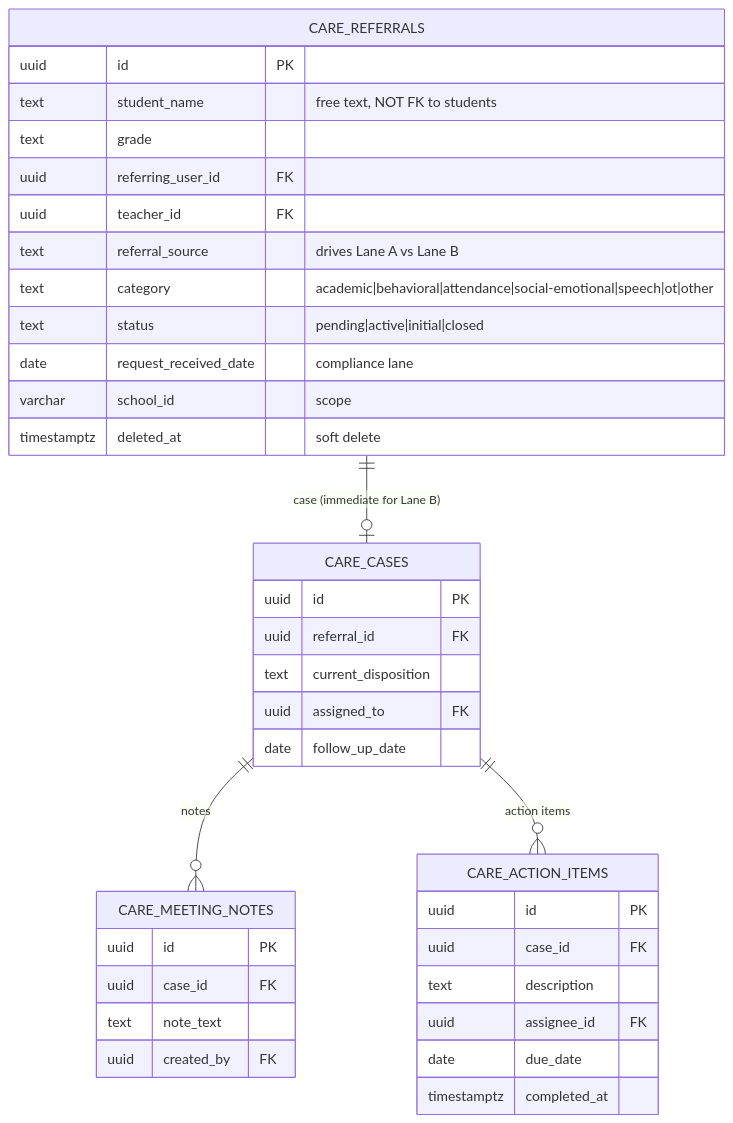
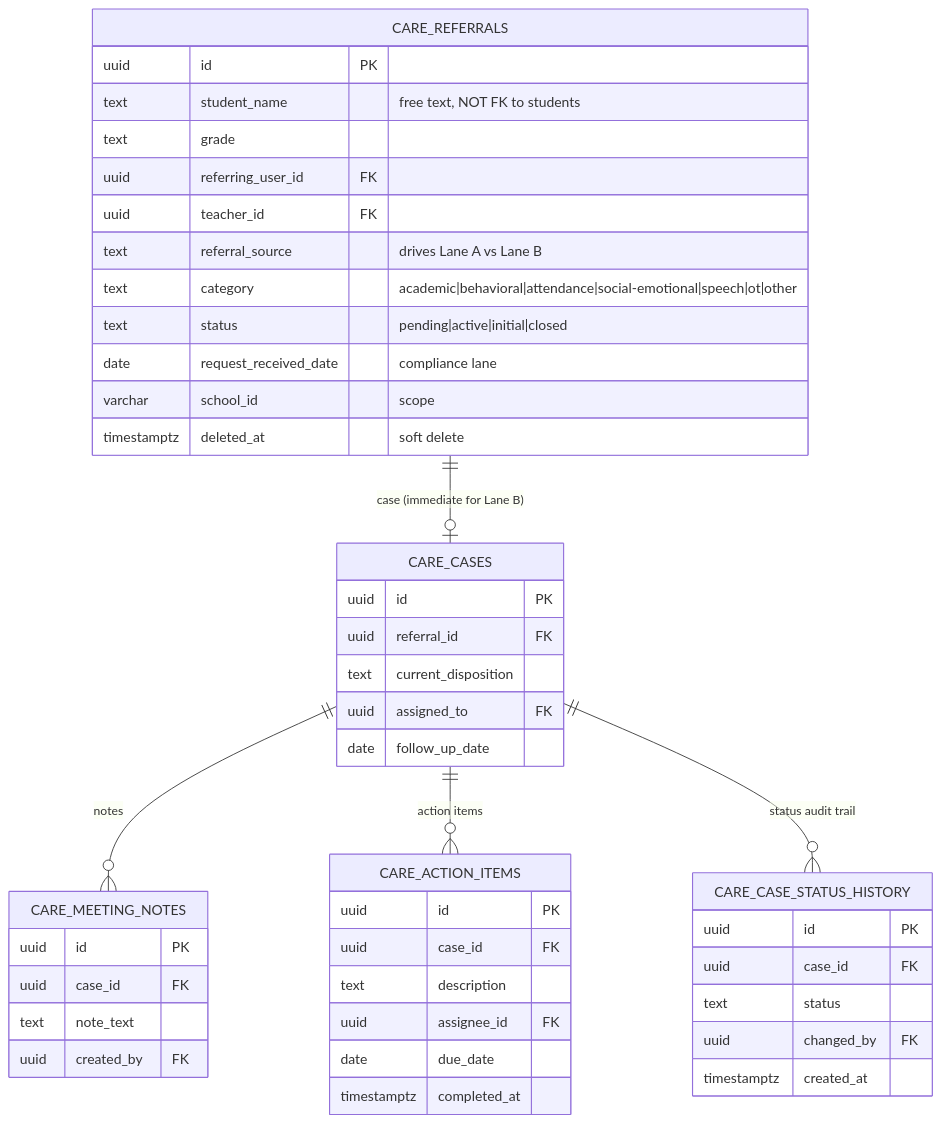
The eighth of 9 diagrams in docs/ARCHITECTURE.md (bstewart2255/speddy), drawn with Mermaid before and after one commit. The commit also changed other lines of this file and 17 other files, not shown here.

````diff
--- a/docs/ARCHITECTURE.md
+++ b/docs/ARCHITECTURE.md
@@ -1224,41 +1238,49 @@
 ```mermaid
 erDiagram
     CARE_REFERRALS    ||--o| CARE_CASES         : "case (immediate for Lane B)"
     CARE_CASES        ||--o{ CARE_MEETING_NOTES : "notes"
     CARE_CASES        ||--o{ CARE_ACTION_ITEMS  : "action items"
+    CARE_CASES        ||--o{ CARE_CASE_STATUS_HISTORY : "status audit trail"
 
     CARE_REFERRALS {
         uuid id PK
         text student_name "free text, NOT FK to students"
         text grade
         uuid referring_user_id FK
         uuid teacher_id FK
         text referral_source "drives Lane A vs Lane B"
         text category "academic|behavioral|attendance|social-emotional|speech|ot|other"
         text status "pending|active|initial|closed"
         date request_received_date "compliance lane"
         varchar school_id "scope"
         timestamptz deleted_at "soft delete"
     }
     CARE_CASES {
         uuid id PK
         uuid referral_id FK
         text current_disposition
         uuid assigned_to FK
         date follow_up_date
     }
     CARE_MEETING_NOTES {
         uuid id PK
         uuid case_id FK
         text note_text
         uuid created_by FK
     }
     CARE_ACTION_ITEMS {
         uuid id PK
         uuid case_id FK
         text description
         uuid assignee_id FK
         date due_date
         timestamptz completed_at
     }
+    CARE_CASE_STATUS_HISTORY {
+        uuid id PK
+        uuid case_id FK
+        text status
+        uuid changed_by FK
+        timestamptz created_at
+    }
 ```
````
